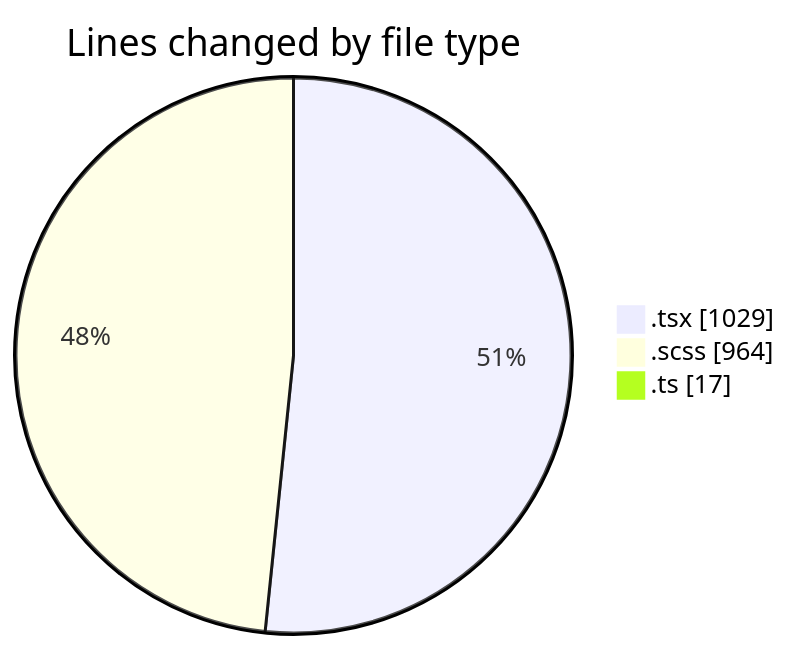
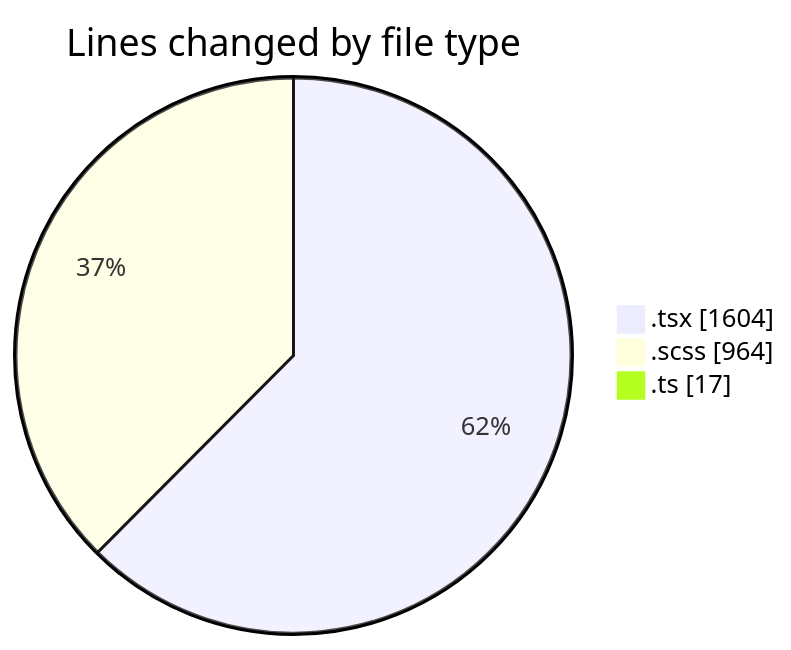
The first of 2 diagrams in 2025-09-19/cda/README.md (momahboobian/code-tracking), drawn with Mermaid before and after one commit. The commit also changed other lines of this file and 1 other file, not shown here.

````diff
--- a/2025-09-19/cda/README.md
+++ b/2025-09-19/cda/README.md
@@ -25,7 +26,7 @@
 ```mermaid
 pie showData
 title Lines changed by file type
-".tsx" : 1029
+".tsx" : 1604
 ".scss" : 964
 ".ts" : 17
 ```
````
